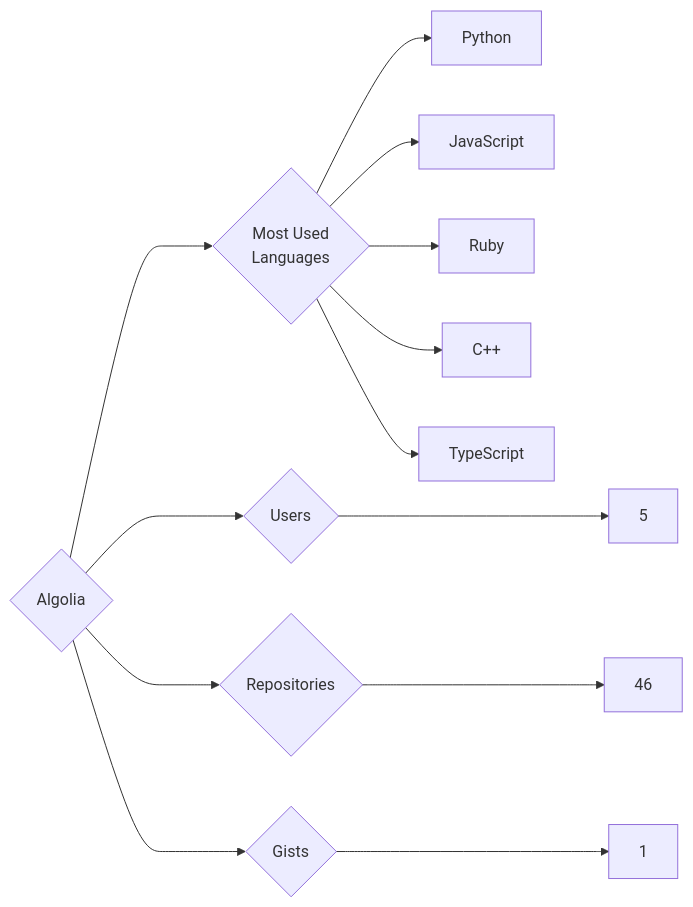
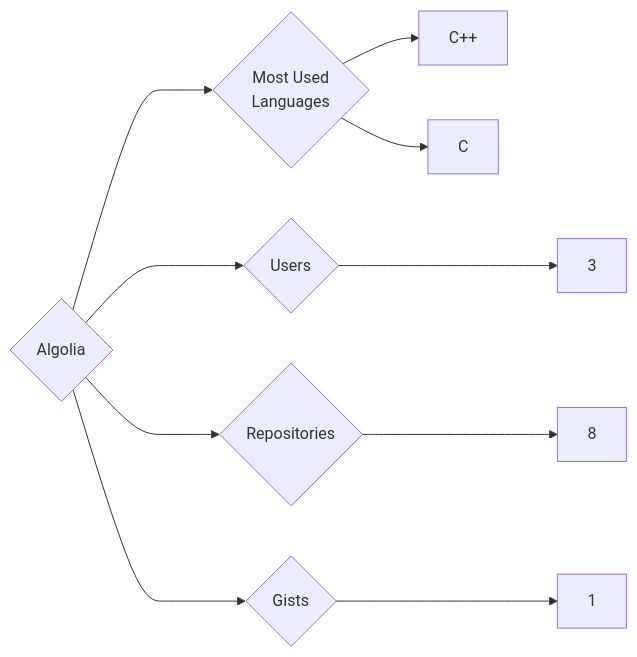
The diagram in targets/Algolia/README.md (trickest/insiders), drawn with Mermaid before and after one commit. The commit also changed 559 other files, not shown here.

````diff
--- a/targets/Algolia/README.md
+++ b/targets/Algolia/README.md
@@ -3,13 +3,10 @@
 ```mermaid
 graph LR
 COMPANY_NAME{Algolia}
-COMPANY_NAME ---> U{Users} ---> UN[5]
-COMPANY_NAME ---> R{Repositories} ---> RN[46]
+COMPANY_NAME ---> U{Users} ---> UN[3]
+COMPANY_NAME ---> R{Repositories} ---> RN[8]
 COMPANY_NAME ---> G{Gists} ---> GN[1]
 COMPANY_NAME ---> ML{Most Used<br>Languages}
-ML --> Python[Python]
-ML --> JavaScript[JavaScript]
-ML --> Ruby[Ruby]
 ML --> C++[C++]
-ML --> TypeScript[TypeScript]
+ML --> C[C]
 ```
````
